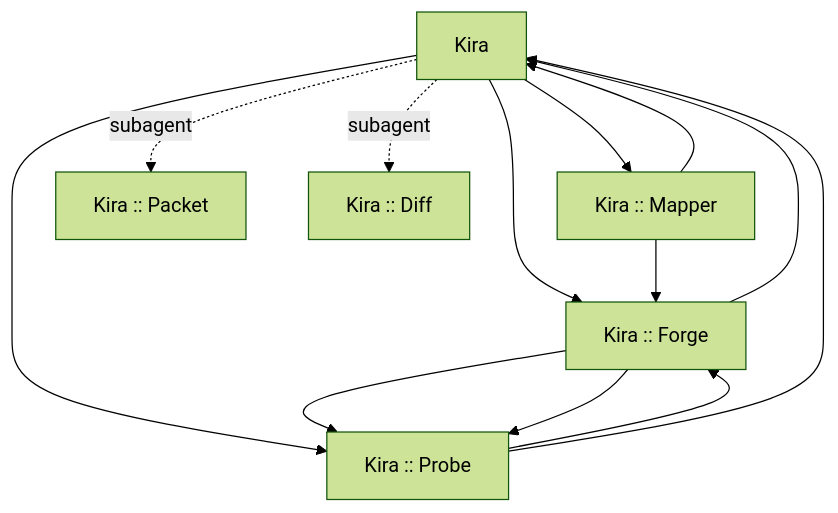
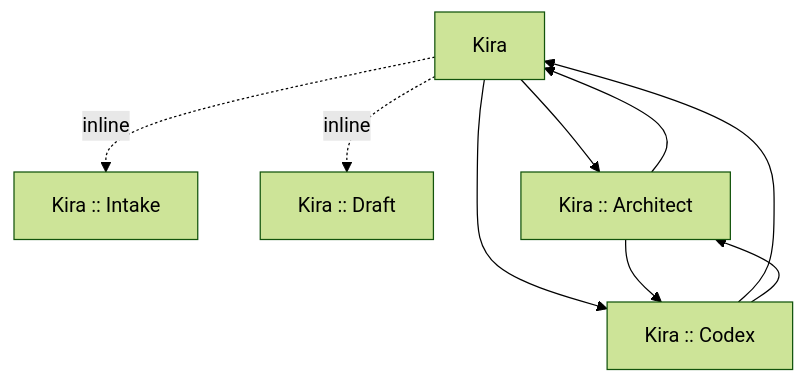
The diagram in docs/kira-workflow-asset-map.md (jstmichel/kira-agent-customization), drawn with Mermaid (forest theme) before and after one commit. The commit also changed other lines of this file and 20 other files, not shown here.

````diff
--- a/docs/kira-workflow-asset-map.md
+++ b/docs/kira-workflow-asset-map.md
@@ -296,15 +111,11 @@
 ```mermaid
 flowchart TD
-  A[Kira] --> C[Kira :: Mapper]
-  A --> D[Kira :: Forge]
-  A --> E[Kira :: Probe]
-    C --> D
-    D --> E
-  C --> A
+  A[Kira] -. inline .-> B[Kira :: Intake]
+  A -. inline .-> C[Kira :: Draft]
+  A --> D[Kira :: Architect]
+  A --> E[Kira :: Codex]
+  D --> A
+  E --> A
   D --> E
-  D --> A
   E --> D
-  E --> A
-  A -. subagent .-> B[Kira :: Packet]
-  A -. subagent .-> F[Kira :: Diff]
 ```
````
